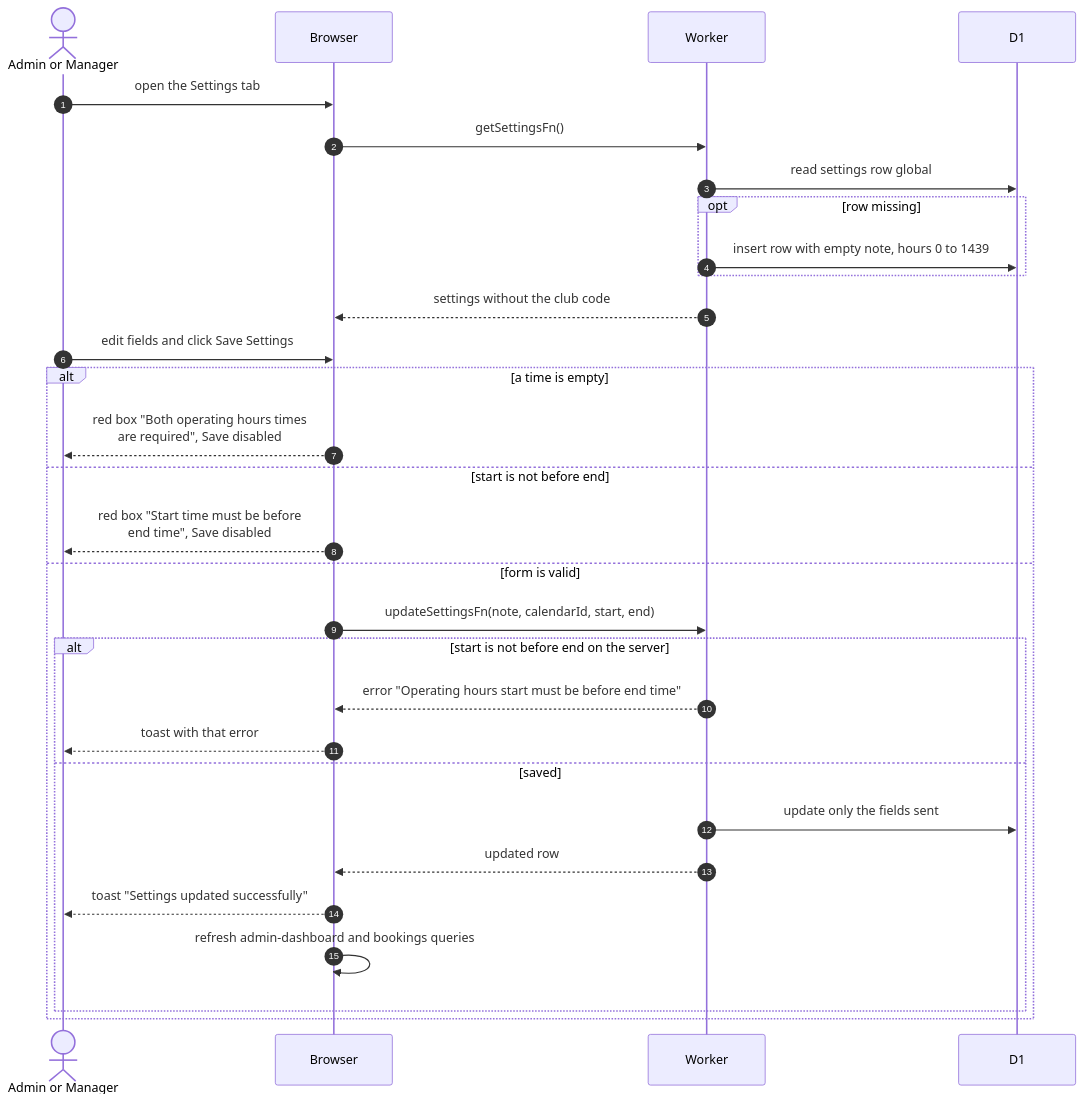
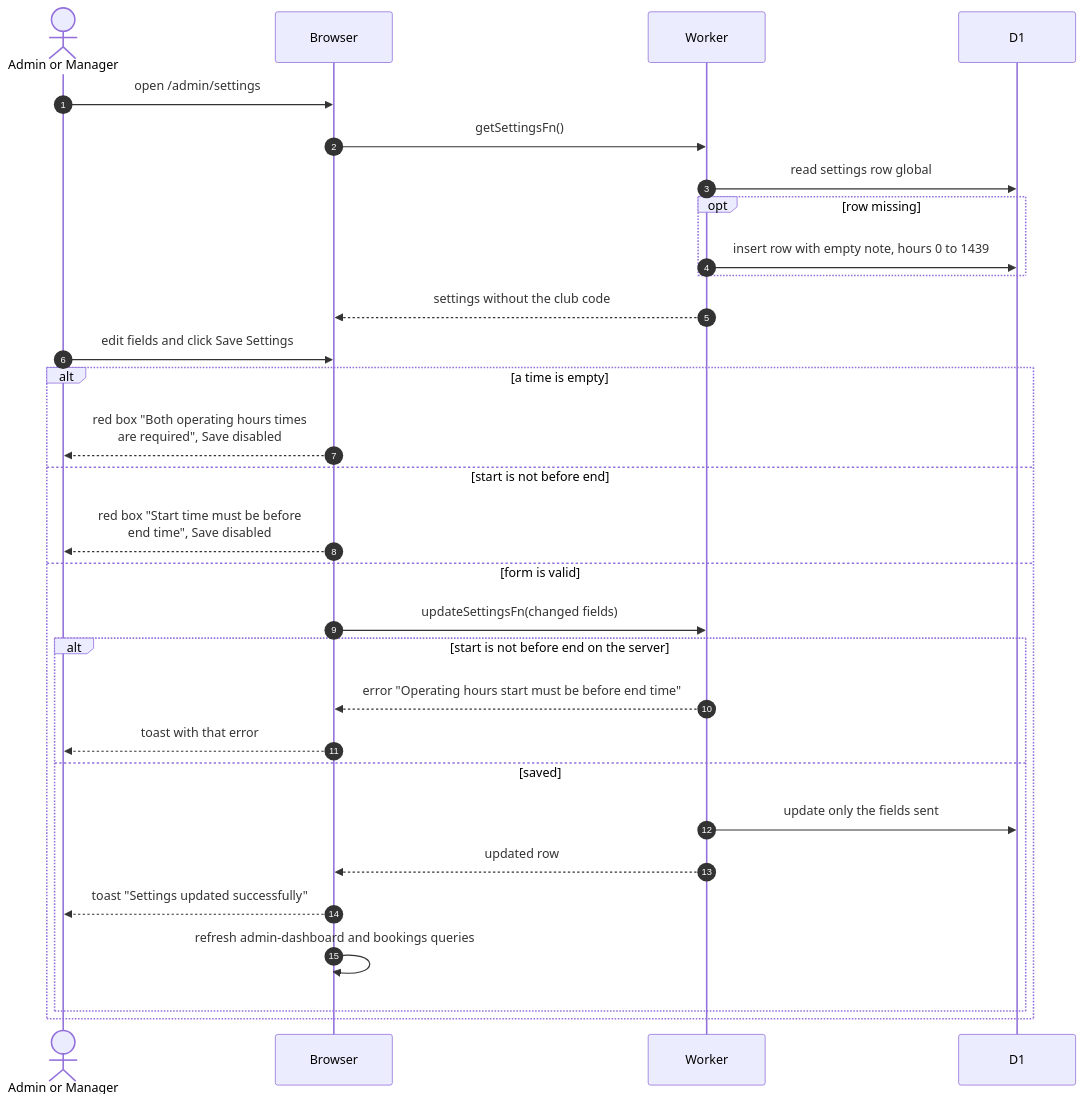
Before and after one commit to sagyzdop/meriksirat: the diagram in docs/scenarios/admin/dashboard-settings.md, drawn with Mermaid. The commit also changed other lines of this file and 45 other files, not shown here.

````diff
--- a/docs/scenarios/admin/dashboard-settings.md
+++ b/docs/scenarios/admin/dashboard-settings.md
@@ -14,33 +14,33 @@
 ```mermaid
 sequenceDiagram
     autonumber
     actor Person as Admin or Manager
     participant Browser
     participant Worker
     participant D1
 
-    Person->>Browser: open the Settings tab
+    Person->>Browser: open /admin/settings
     Browser->>Worker: getSettingsFn()
     Worker->>D1: read settings row global
     opt row missing
         Worker->>D1: insert row with empty note, hours 0 to 1439
     end
     Worker-->>Browser: settings without the club code
     Person->>Browser: edit fields and click Save Settings
     alt a time is empty
         Browser-->>Person: red box "Both operating hours times<br/>are required", Save disabled
     else start is not before end
         Browser-->>Person: red box "Start time must be before<br/>end time", Save disabled
     else form is valid
-        Browser->>Worker: updateSettingsFn(note, calendarId, start, end)
+        Browser->>Worker: updateSettingsFn(changed fields)
         alt start is not before end on the server
             Worker-->>Browser: error "Operating hours start must be before end time"
             Browser-->>Person: toast with that error
         else saved
             Worker->>D1: update only the fields sent
             Worker-->>Browser: updated row
             Browser-->>Person: toast "Settings updated successfully"
             Browser->>Browser: refresh admin-dashboard and bookings queries
         end
     end
 ```
````
